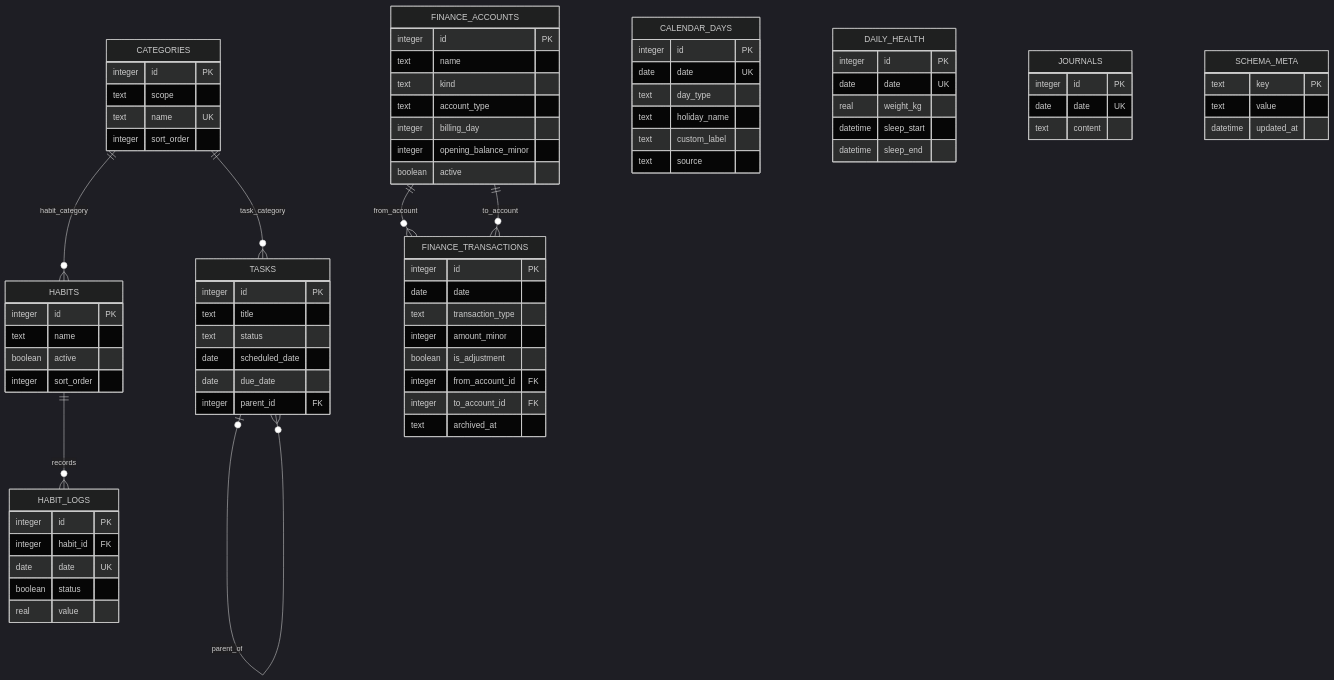
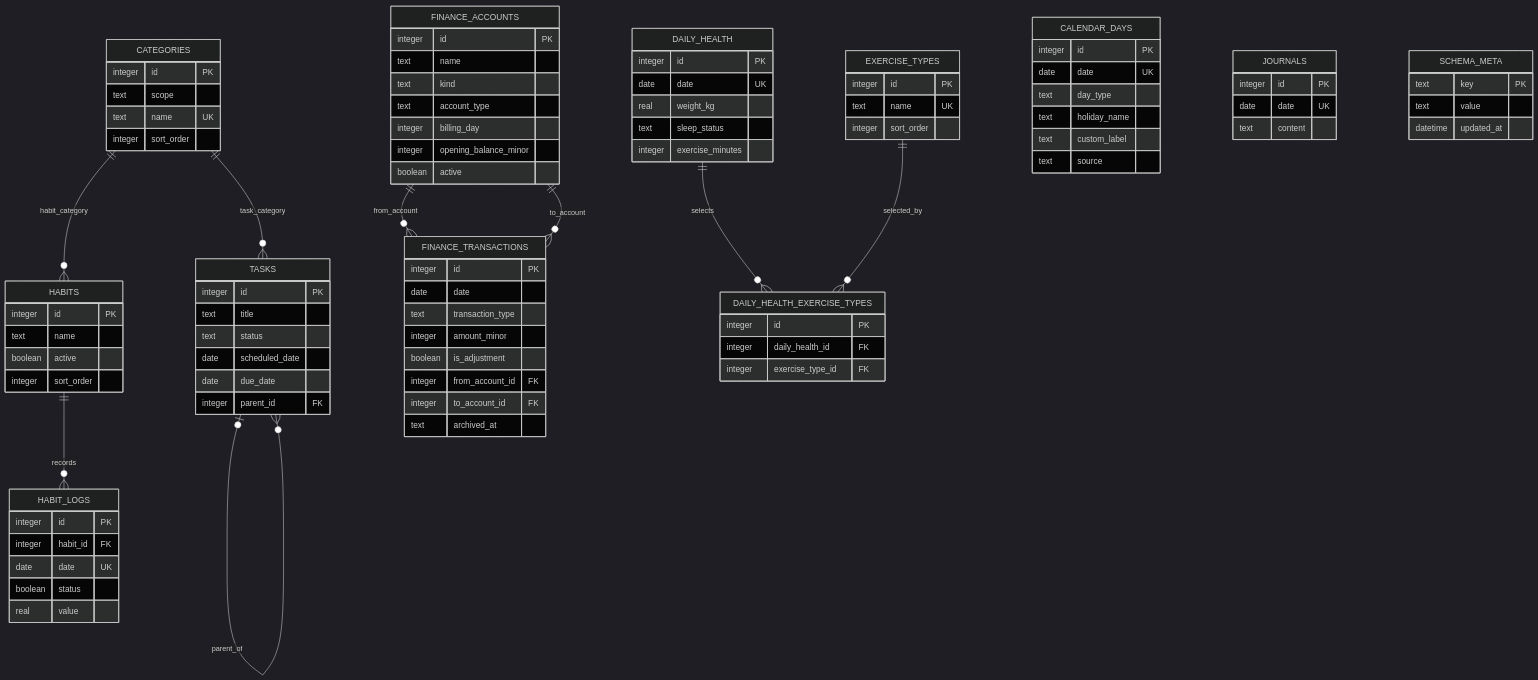
One commit to linfeng0tingyu/life-os changed the diagram in docs/architecture/数据库模型.md. Above: the diagram before and after it, drawn with Mermaid (dark theme). The commit also changed other lines of this file and 50 other files, not shown here.

```diff
--- a/docs/architecture/数据库模型.md
+++ b/docs/architecture/数据库模型.md
@@ -36,6 +36,8 @@
     TASKS o|--o{ TASKS : parent_of
     FINANCE_ACCOUNTS ||--o{ FINANCE_TRANSACTIONS : from_account
     FINANCE_ACCOUNTS ||--o{ FINANCE_TRANSACTIONS : to_account
+    DAILY_HEALTH ||--o{ DAILY_HEALTH_EXERCISE_TYPES : selects
+    EXERCISE_TYPES ||--o{ DAILY_HEALTH_EXERCISE_TYPES : selected_by
 
     CALENDAR_DAYS {
         integer id PK
@@ -78,8 +80,18 @@
         integer id PK
         date date UK
         real weight_kg
-        datetime sleep_start
-        datetime sleep_end
+        text sleep_status
+        integer exercise_minutes
+    }
+    EXERCISE_TYPES {
+        integer id PK
+        text name UK
+        integer sort_order
+    }
+    DAILY_HEALTH_EXERCISE_TYPES {
+        integer id PK
+        integer daily_health_id FK
+        integer exercise_type_id FK
     }
     JOURNALS {
         integer id PK
```
